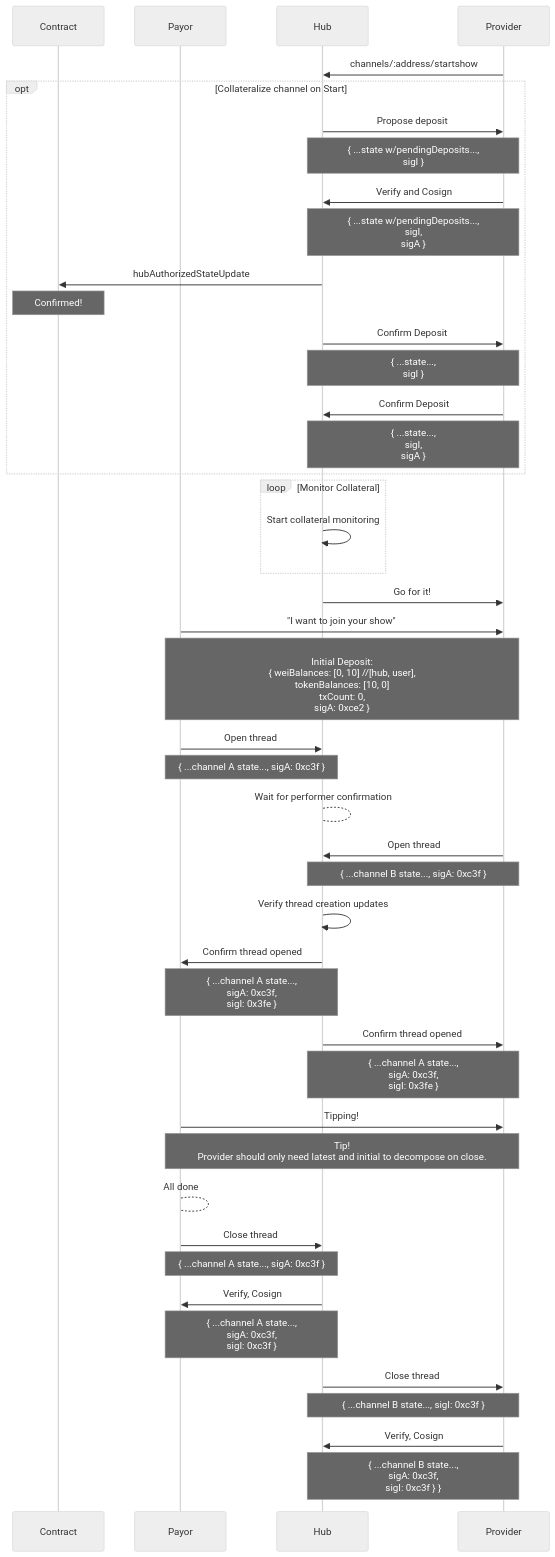
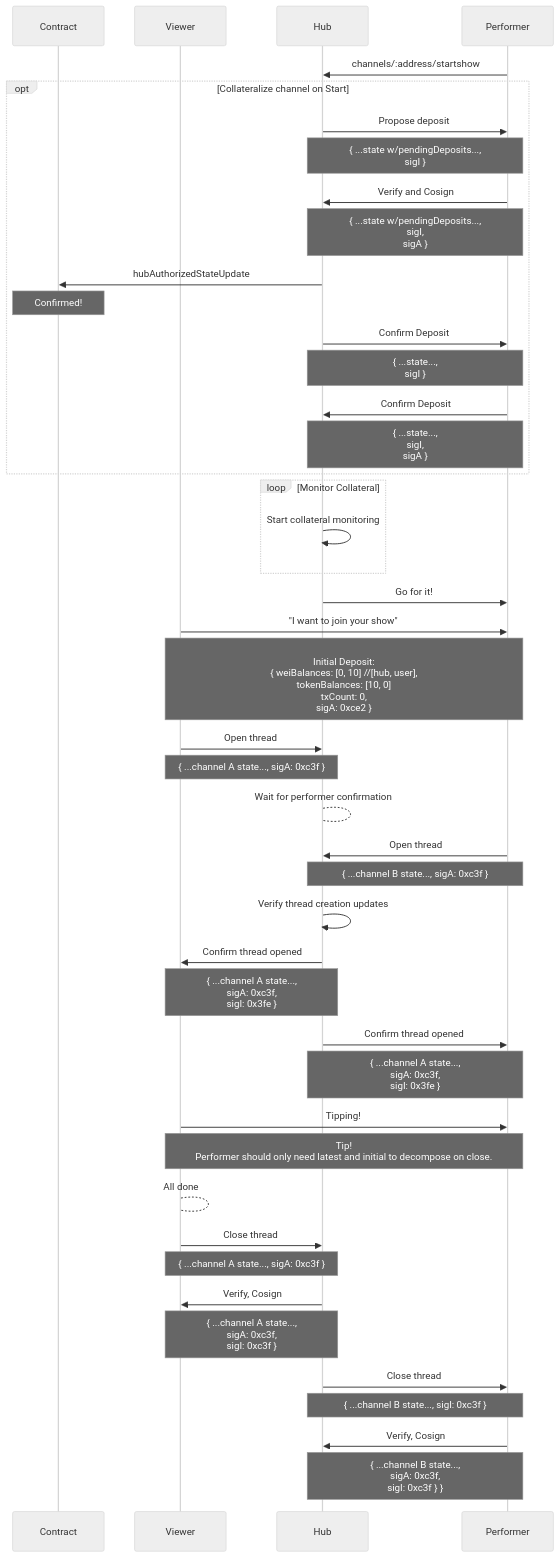
Before and after one commit to kyokan/contracts: the diagram in docs/diagrams/stream.mmd, drawn with Mermaid (neutral theme).

Commit message:
payor/provider to viewer/performer

```diff
--- a/docs/diagrams/stream.mmd
+++ b/docs/diagrams/stream.mmd
@@ -1,72 +1,72 @@
 sequenceDiagram
 
     # title Stream Show
 
     participant Contract
-    participant Payor
+    participant Viewer
     participant Hub
-    participant Provider
+    participant Performer
 
-    Provider->>Hub: channels/:address/startshow
+    Performer->>Hub: channels/:address/startshow
 
     opt Collateralize channel on Start
-        Hub->>Provider: Propose deposit
-        Note over Hub,Provider: { ...state w/pendingDeposits..., <br> sigI }
+        Hub->>Performer: Propose deposit
+        Note over Hub,Performer: { ...state w/pendingDeposits..., <br> sigI }
 
-        Provider->>Hub: Verify and Cosign
-        Note over Hub,Provider: { ...state w/pendingDeposits..., <br> sigI, <br> sigA }
+        Performer->>Hub: Verify and Cosign
+        Note over Hub,Performer: { ...state w/pendingDeposits..., <br> sigI, <br> sigA }
 
         Hub->>Contract: hubAuthorizedStateUpdate
         Note over Contract: Confirmed!
 
-        Hub->>Provider: Confirm Deposit
-        Note over Hub,Provider: { ...state..., <br> sigI }
+        Hub->>Performer: Confirm Deposit
+        Note over Hub,Performer: { ...state..., <br> sigI }
 
-        Provider->>Hub: Confirm Deposit
-        Note over Hub,Provider: { ...state..., <br> sigI, <br> sigA }
+        Performer->>Hub: Confirm Deposit
+        Note over Hub,Performer: { ...state..., <br> sigI, <br> sigA }
 
     end
 
     loop Monitor Collateral
         Hub->>Hub: Start collateral monitoring
     end
     
-    Hub->>Provider: Go for it!
+    Hub->>Performer: Go for it!
 
-    Payor->>Provider: "I want to join your show"
-    Note over Payor,Provider: <br> Initial Deposit: <br> { weiBalances: [0, 10] //[hub, user], <br> tokenBalances: [10, 0] <br> txCount: 0,  <br> sigA: 0xce2 }
+    Viewer->>Performer: "I want to join your show"
+    Note over Viewer,Performer: <br> Initial Deposit: <br> { weiBalances: [0, 10] //[hub, user], <br> tokenBalances: [10, 0] <br> txCount: 0,  <br> sigA: 0xce2 }
 
-    Payor->>Hub: Open thread
-    Note over Payor,Hub: { ...channel A state..., sigA: 0xc3f }
+    Viewer->>Hub: Open thread
+    Note over Viewer,Hub: { ...channel A state..., sigA: 0xc3f }
 
     Hub-->Hub: Wait for performer confirmation
 
-    Provider->>Hub: Open thread
-    Note over Provider,Hub: { ...channel B state..., sigA: 0xc3f }
+    Performer->>Hub: Open thread
+    Note over Performer,Hub: { ...channel B state..., sigA: 0xc3f }
 
 
     Hub->>Hub: Verify thread creation updates
 
-    Hub->>Payor: Confirm thread opened
-    Note over Payor,Hub: { ...channel A state..., <br>sigA: 0xc3f, <br>sigI: 0x3fe }
+    Hub->>Viewer: Confirm thread opened
+    Note over Viewer,Hub: { ...channel A state..., <br>sigA: 0xc3f, <br>sigI: 0x3fe }
 
-    Hub->>Provider: Confirm thread opened
-    Note over Provider,Hub: { ...channel A state..., <br>sigA: 0xc3f, <br>sigI: 0x3fe }
+    Hub->>Performer: Confirm thread opened
+    Note over Performer,Hub: { ...channel A state..., <br>sigA: 0xc3f, <br>sigI: 0x3fe }
 
 
-    Payor->>Provider: Tipping!
-    Note over Payor,Provider: Tip! <br> Provider should only need latest and initial to decompose on close.
+    Viewer->>Performer: Tipping!
+    Note over Viewer,Performer: Tip! <br> Performer should only need latest and initial to decompose on close.
 
-    Payor-->Payor: All done
+    Viewer-->Viewer: All done
 
-    Payor->>Hub: Close thread
-    Note over Payor,Hub: { ...channel A state..., sigA: 0xc3f }
+    Viewer->>Hub: Close thread
+    Note over Viewer,Hub: { ...channel A state..., sigA: 0xc3f }
 
-    Hub->>Payor: Verify, Cosign
-    Note over Payor,Hub: { ...channel A state..., <br>sigA: 0xc3f, <br>sigI: 0xc3f }
+    Hub->>Viewer: Verify, Cosign
+    Note over Viewer,Hub: { ...channel A state..., <br>sigA: 0xc3f, <br>sigI: 0xc3f }
 
-    Hub->>Provider: Close thread
-    Note over Provider,Hub: { ...channel B state..., sigI: 0xc3f }
+    Hub->>Performer: Close thread
+    Note over Performer,Hub: { ...channel B state..., sigI: 0xc3f }
 
-    Provider->>Hub: Verify, Cosign
-    Note over Provider,Hub: { ...channel B state..., <br>sigA: 0xc3f, <br>sigI: 0xc3f } }
+    Performer->>Hub: Verify, Cosign
+    Note over Performer,Hub: { ...channel B state..., <br>sigA: 0xc3f, <br>sigI: 0xc3f } }
```
